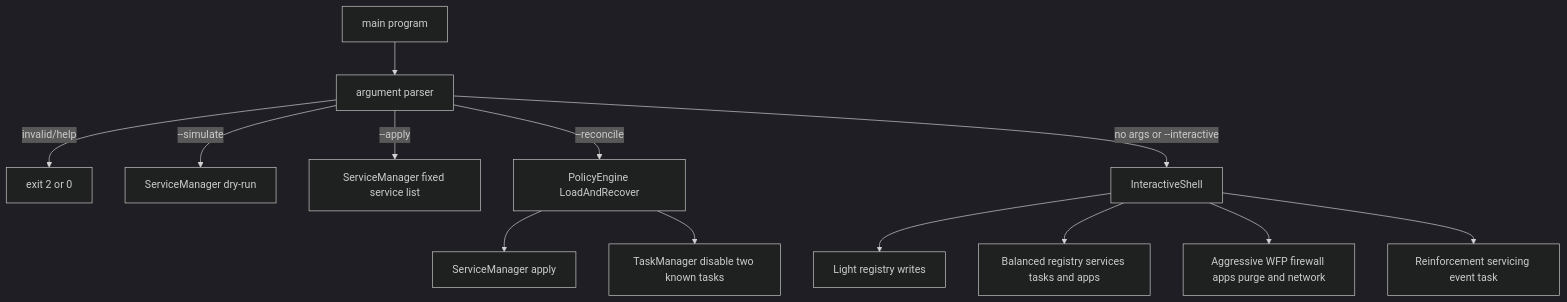
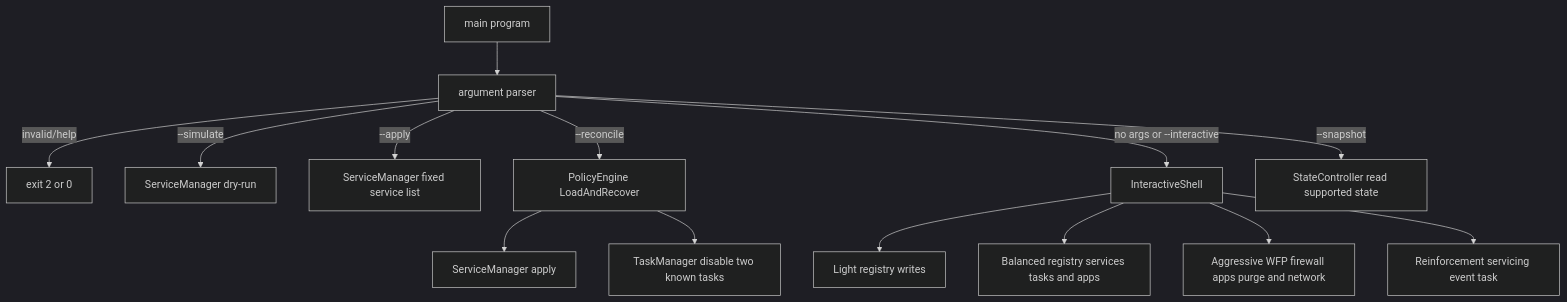
One commit to genesisgzdev/Aegis11 changed the first of 3 diagrams in docs/ARCHITECTURE.md. Above: the diagram before and after it, drawn with Mermaid (dark theme). The commit also changed other lines of this file and 3 other files, not shown here.

```diff
--- a/docs/ARCHITECTURE.md
+++ b/docs/ARCHITECTURE.md
@@ -11,15 +11,16 @@
 ~~~mermaid
 flowchart TD
     MAIN[main program] --> P[argument parser]
     P -->|invalid/help| EXIT[exit 2 or 0]
     P -->|--simulate| DRY[ServiceManager dry-run]
     P -->|--apply| APPLY[ServiceManager fixed service list]
     P -->|--reconcile| REC[PolicyEngine LoadAndRecover]
     REC --> S[ServiceManager apply]
     REC --> T[TaskManager disable two known tasks]
     P -->|no args or --interactive| UI[InteractiveShell]
+    P -->|--snapshot| SNAP[StateController read supported state]
     UI --> L[Light registry writes]
     UI --> B[Balanced registry services tasks and apps]
     UI --> A[Aggressive WFP firewall apps purge and network]
     UI --> W[Reinforcement servicing event task]
 ~~~
```
